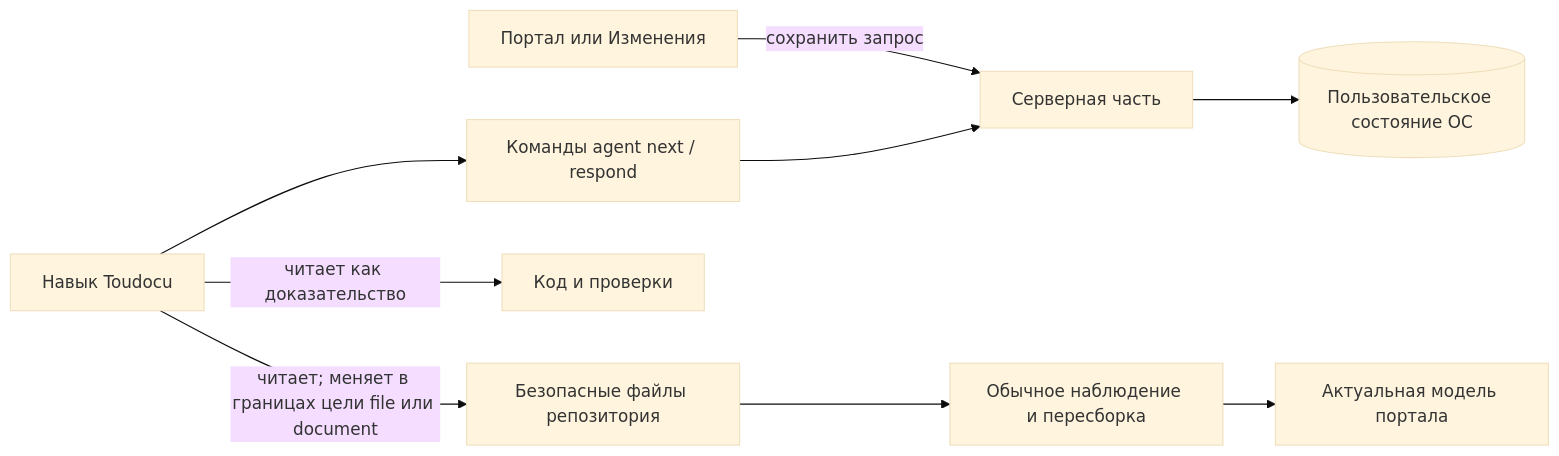
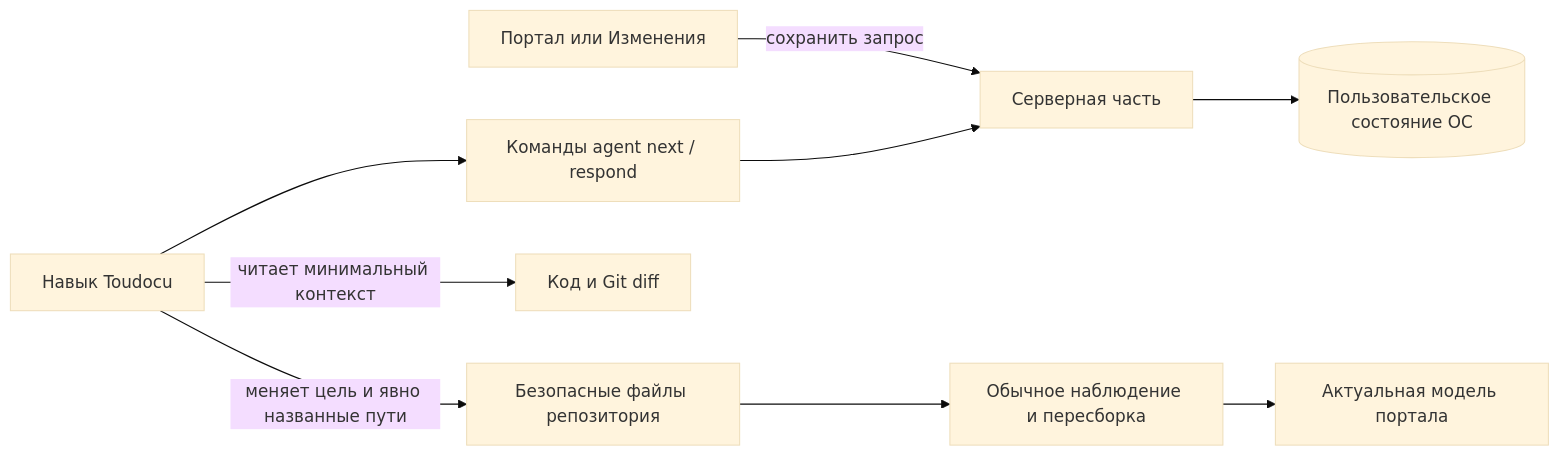
The diagram in docs/architecture/agent-feedback-delivery.md (lumenikoly/toudocu), drawn with Mermaid (base theme) before and after one commit. The commit also changed other lines of this file and 13 other files, not shown here.

````diff
--- a/docs/architecture/agent-feedback-delivery.md
+++ b/docs/architecture/agent-feedback-delivery.md
@@ -14,11 +14,11 @@
 ```mermaid
 flowchart LR
     Browser[Портал или Изменения] -->|сохранить запрос| Core[Серверная часть]
     Core --> Store[(Пользовательское состояние ОС)]
     CLI[Команды agent next / respond] --> Core
     Skill[Навык Toudocu] --> CLI
-    Skill -->|читает как доказательство| Code[Код и проверки]
-    Skill -->|читает; меняет в границах цели file или document| Sources[Безопасные файлы репозитория]
+    Skill -->|читает минимальный контекст| Code[Код и Git diff]
+    Skill -->|меняет цель и явно названные пути| Sources[Безопасные файлы репозитория]
     Sources --> Watcher[Обычное наблюдение и пересборка]
     Watcher --> Portal[Актуальная модель портала]
 ```
````
